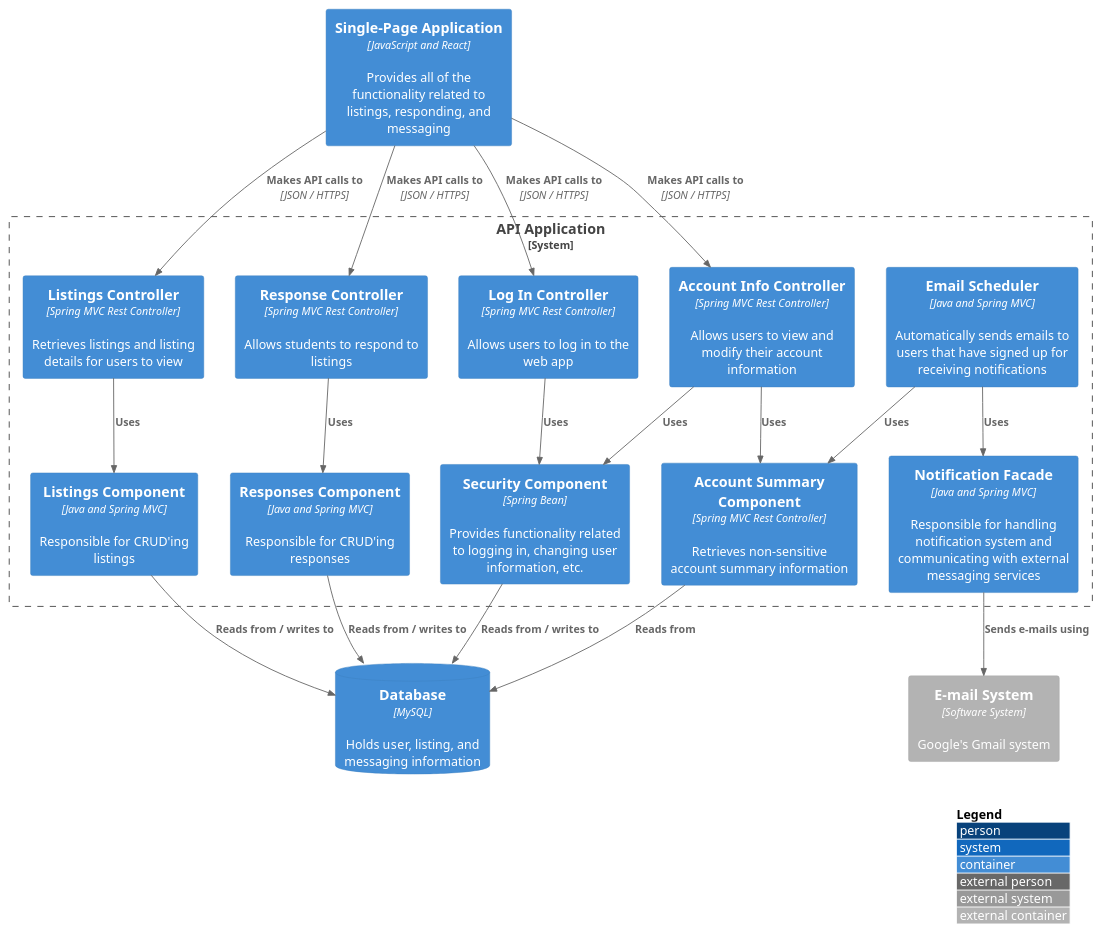
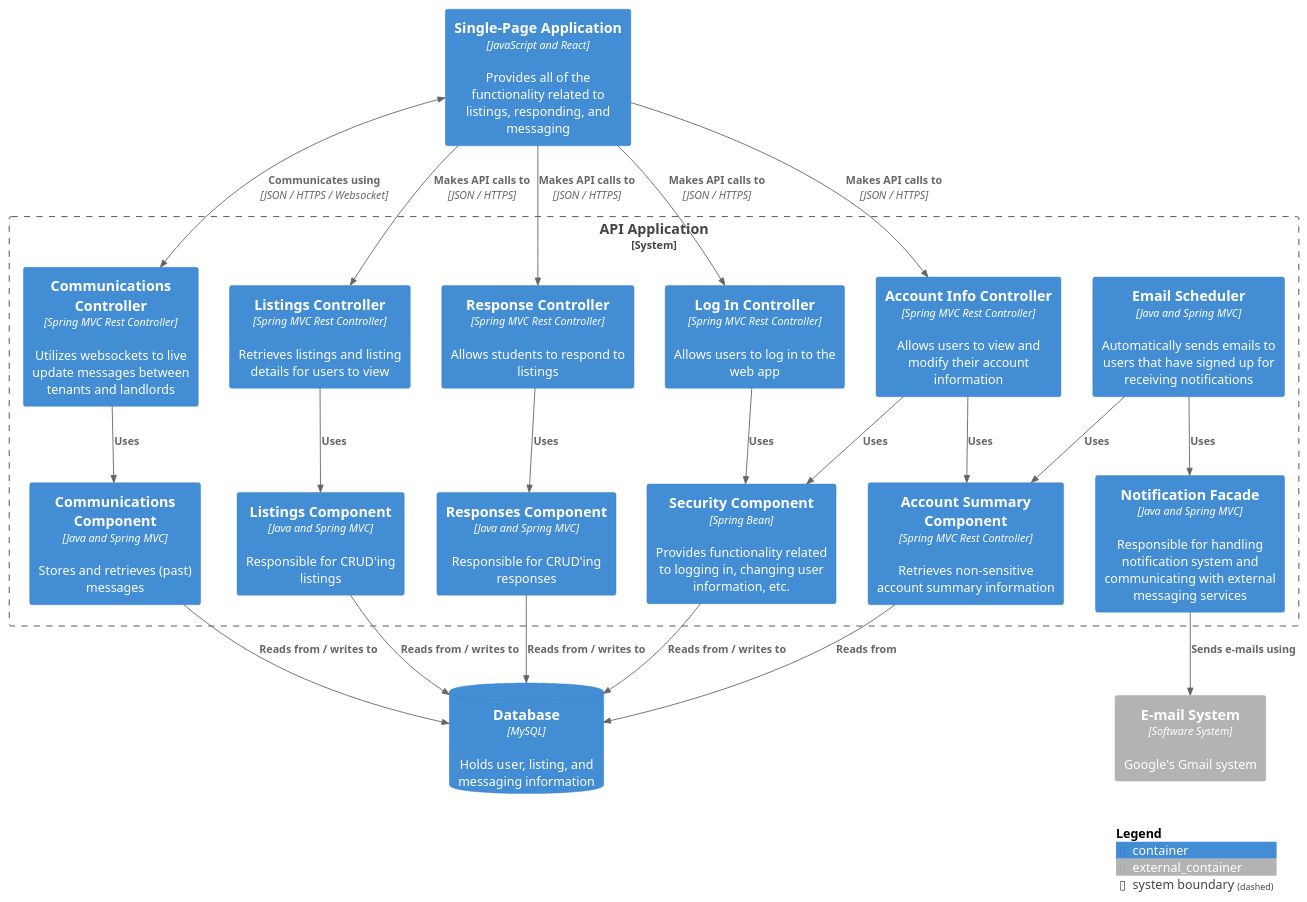
Before and after one commit to lex-kort/s3-roomies-backend: the diagram in docs/uml-diagrams/c3-diagram.puml, drawn with PlantUML. The commit also changed 2 other files, not shown here.

Commit message:
Update C4 diagrams

```diff
--- a/docs/uml-diagrams/c3-diagram.puml
+++ b/docs/uml-diagrams/c3-diagram.puml
@@ -1,47 +1,48 @@
 @startuml "C3 Diagram"
 !include https://raw.githubusercontent.com/plantuml-stdlib/C4-PlantUML/master/C4_Container.puml
-
-LAYOUT_WITH_LEGEND()
-
-AddRelTag("dashedLine", $lineStyle=DashedLine())
 
 Container(sp_app, "Single-Page Application", "JavaScript and React", "Provides all of the functionality related to listings, responding, and messaging")
 
 System_Boundary(c3, "API Application", "Container"){
+    Container(ctrl_comms, "Communications Controller", "Spring MVC Rest Controller", "Utilizes websockets to live update messages between tenants and landlords")
     Container(ctrl_listings, "Listings Controller", "Spring MVC Rest Controller", "Retrieves listings and listing details for users to view")
     Container(ctrl_respond, "Response Controller", "Spring MVC Rest Controller", "Allows students to respond to listings")
     Container(ctrl_login, "Log In Controller", "Spring MVC Rest Controller", "Allows users to log in to the web app")
     Container(ctrl_accinfo, "Account Info Controller", "Spring MVC Rest Controller", "Allows users to view and modify their account information")
     
+    Container(comp_comms, "Communications Component", "Java and Spring MVC", "Stores and retrieves (past) messages")
     Container(comp_listings, "Listings Component", "Java and Spring MVC", "Responsible for CRUD'ing listings")
     Container(comp_responses, "Responses Component", "Java and Spring MVC", "Responsible for CRUD'ing responses")
     Container(comp_security, "Security Component", "Spring Bean", "Provides functionality related to logging in, changing user information, etc.")
     Container(comp_accsummary, "Account Summary Component", "Spring MVC Rest Controller", "Retrieves non-sensitive account summary information")
     Container(comp_notiffacade, "Notification Facade", "Java and Spring MVC", "Responsible for handling notification system and communicating with external messaging services")
     Container(comp_emailsched, "Email Scheduler", "Java and Spring MVC", "Automatically sends emails to users that have signed up for receiving notifications")
 }
 
 ContainerDb(db, "Database", "MySQL", "Holds user, listing, and messaging information")
 Container_Ext(mail_serv, "E-mail System", "Software System", "Google's Gmail system")
 
+BiRel(sp_app, ctrl_comms, "Communicates using", "JSON / HTTPS / Websocket")
 Rel(sp_app, ctrl_login, "Makes API calls to", "JSON / HTTPS")
 Rel(sp_app, ctrl_listings, "Makes API calls to", "JSON / HTTPS")
 Rel(sp_app, ctrl_accinfo, "Makes API calls to", "JSON / HTTPS")
 Rel(sp_app, ctrl_respond, "Makes API calls to", "JSON / HTTPS")
 
+Rel(ctrl_comms, comp_comms, "Uses")
 Rel(ctrl_login, comp_security, "Uses")
 Rel(ctrl_accinfo, comp_security, "Uses")
 Rel(ctrl_accinfo, comp_accsummary, "Uses")
 Rel(comp_emailsched, comp_accsummary, "Uses")
 Rel(comp_emailsched, comp_notiffacade, "Uses")
 Rel(ctrl_listings, comp_listings, "Uses")
 Rel(ctrl_respond, comp_responses, "Uses")
 
+Rel(comp_comms, db, "Reads from / writes to")
 Rel(comp_notiffacade, mail_serv, "Sends e-mails using")
-
 Rel(comp_security, db, "Reads from / writes to")
 Rel(comp_accsummary, db, "Reads from")
 Rel(comp_listings, db, "Reads from / writes to")
 Rel(comp_responses, db, "Reads from / writes to")
 
+SHOW_LEGEND()
 @enduml
```
